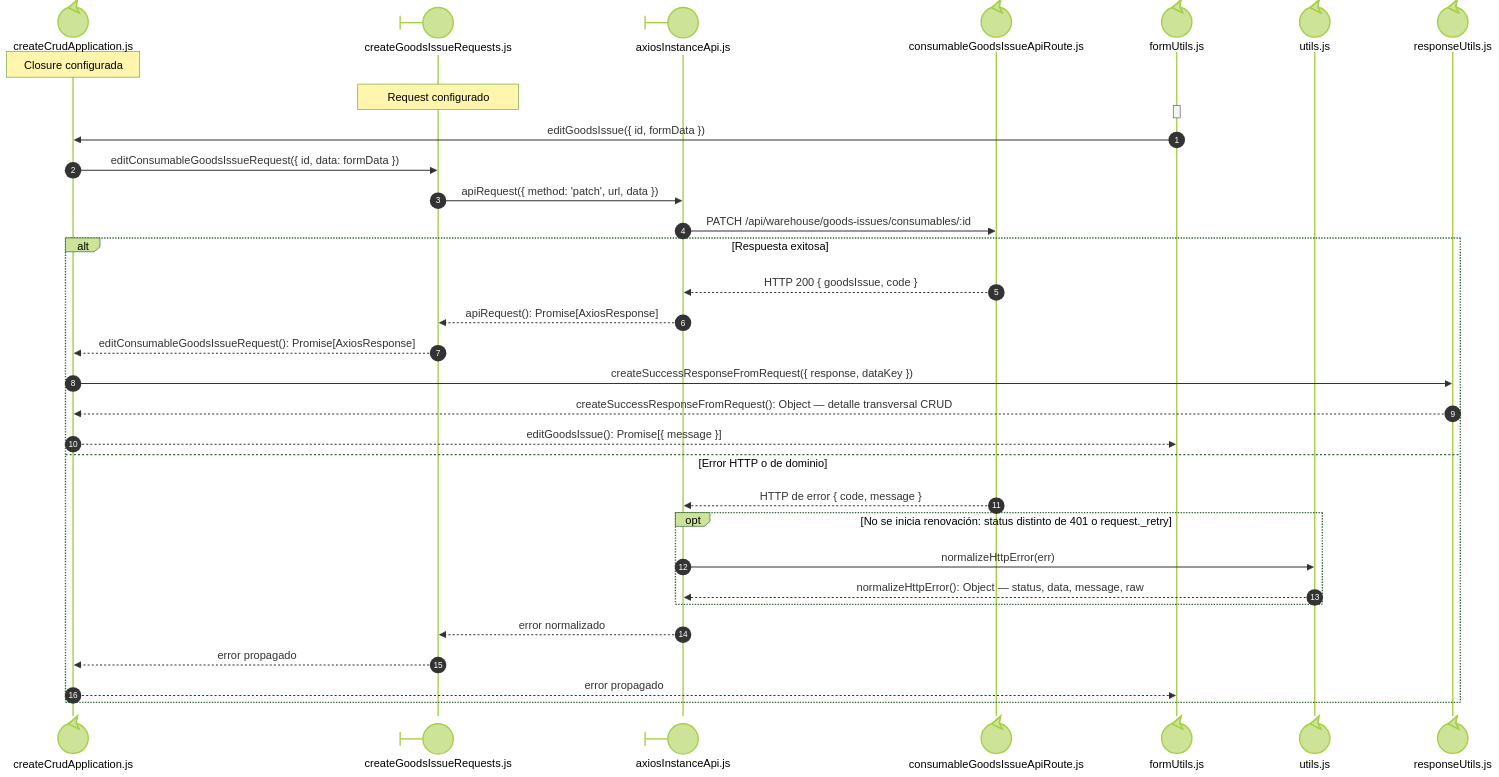
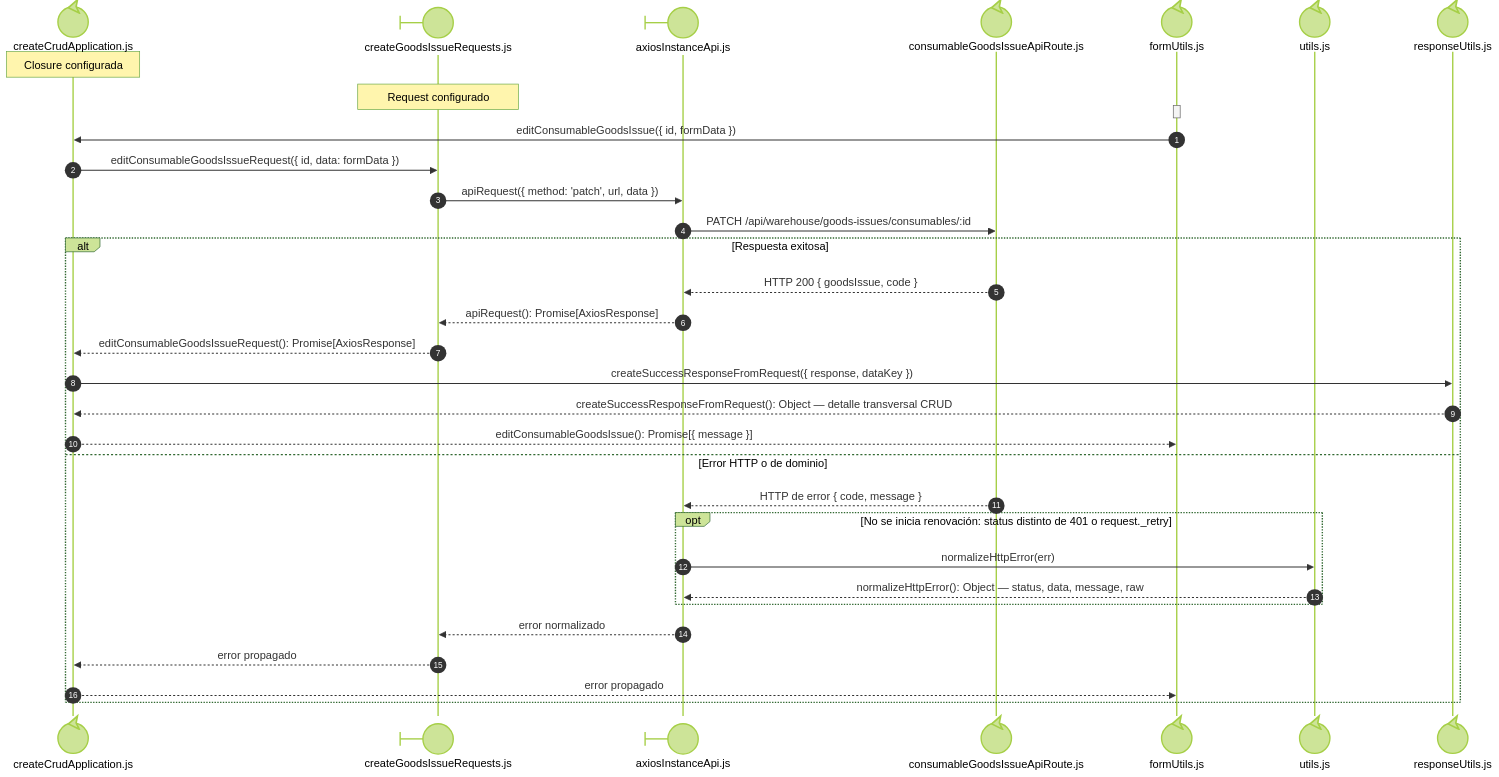
The third of 3 diagrams in docs/architecture/views/processes/frontend-code-sequences/issues/cu-sal-18.md (gpgsistemas01/nexus), drawn with Mermaid (forest theme) before and after one commit. The commit also changed other lines of this file and 142 other files, not shown here.

````diff
--- a/docs/architecture/views/processes/frontend-code-sequences/issues/cu-sal-18.md
+++ b/docs/architecture/views/processes/frontend-code-sequences/issues/cu-sal-18.md
@@ -190,39 +191,39 @@
 ```mermaid
 sequenceDiagram
     autonumber
     participant Application@{ "type": "control" } as createCrudApplication.js
     participant Request@{ "type": "boundary" } as createGoodsIssueRequests.js
     participant HTTP@{ "type": "boundary" } as axiosInstanceApi.js
     participant Transport@{ "type": "control" } as consumableGoodsIssueApiRoute.js
     participant FormUtils@{ "type": "control" } as formUtils.js
 
     participant FileUtils@{ "type": "control" } as utils.js
 
     participant FileResponseUtils@{ "type": "control" } as responseUtils.js
 
     Note over Application: Closure configurada
     Note over Request: Request configurado
     activate FormUtils
     deactivate FormUtils
-        FormUtils->>Application: editGoodsIssue({ id, formData })
+        FormUtils->>Application: editConsumableGoodsIssue({ id, formData })
         Application->>Request: editConsumableGoodsIssueRequest({ id, data: formData })
         Request->>HTTP: apiRequest({ method: 'patch', url, data })
         HTTP->>Transport: PATCH /api/warehouse/goods-issues/consumables/:id
         alt Respuesta exitosa
             Transport-->>HTTP: HTTP 200 { goodsIssue, code }
             HTTP-->>Request: apiRequest(): Promise[AxiosResponse]
             Request-->>Application: editConsumableGoodsIssueRequest(): Promise[AxiosResponse]
             Application->>FileResponseUtils: createSuccessResponseFromRequest({ response, dataKey })
             FileResponseUtils-->>Application: createSuccessResponseFromRequest(): Object — detalle transversal CRUD
-            Application-->>FormUtils: editGoodsIssue(): Promise[{ message }]
+            Application-->>FormUtils: editConsumableGoodsIssue(): Promise[{ message }]
         else Error HTTP o de dominio
             Transport-->>HTTP: HTTP de error { code, message }
             opt No se inicia renovación: status distinto de 401 o request._retry
                 HTTP->>FileUtils: normalizeHttpError(err)
                 FileUtils-->>HTTP: normalizeHttpError(): Object — status, data, message, raw
             end
             HTTP-->>Request: error normalizado
             Request-->>Application: error propagado
             Application-->>FormUtils: error propagado
     end
 ```
````
